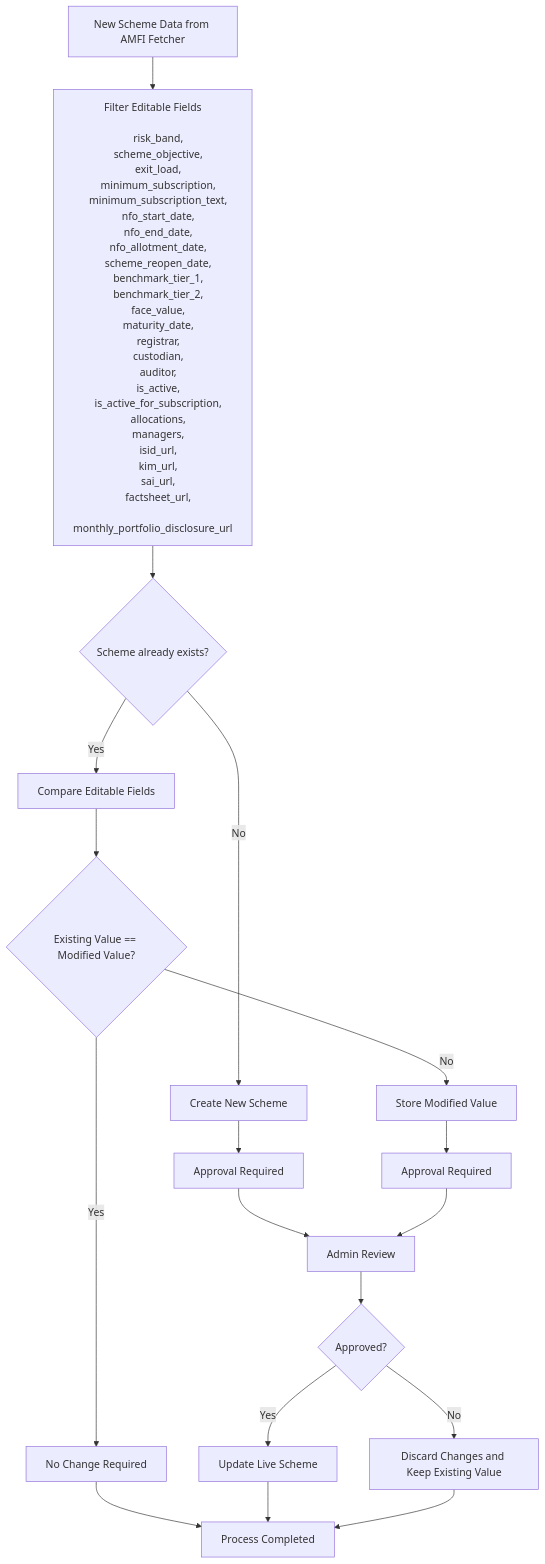
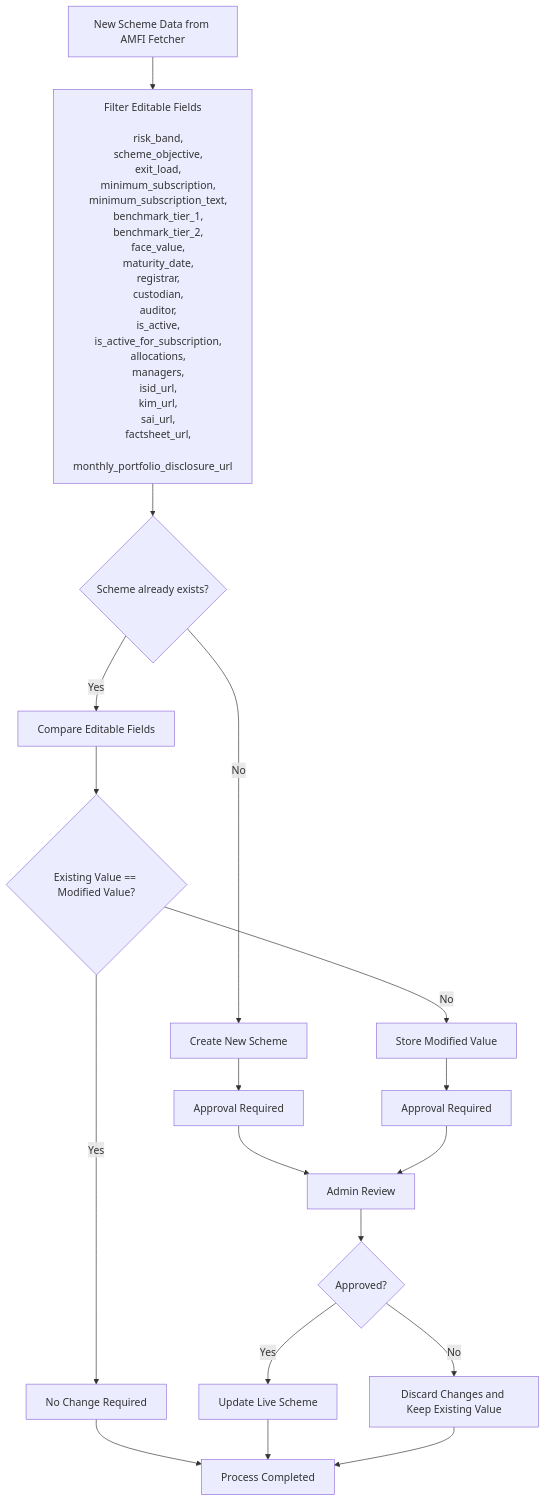
The diagram in dhanada/DOCTYPE architecture ER diagram.md (Satyam4755/Dhanada), drawn with Mermaid before and after one commit.

Commit message:
added the flow diagram V2.0.1

````diff
--- a/dhanada/DOCTYPE architecture ER diagram.md
+++ b/dhanada/DOCTYPE architecture ER diagram.md
@@ -4,59 +4,55 @@
 ```mermaid
 flowchart TD
 
     A[New Scheme Data from AMFI Fetcher]
 
     A --> B["Filter Editable Fields
 
     risk_band,
     scheme_objective,
     exit_load,
     minimum_subscription,
     minimum_subscription_text,
-    nfo_start_date,
-    nfo_end_date,
-    nfo_allotment_date,
-    scheme_reopen_date,
     benchmark_tier_1,
     benchmark_tier_2,
     face_value,
     maturity_date,
     registrar,
     custodian,
     auditor,
     is_active,
     is_active_for_subscription,
     allocations,
     managers,
     isid_url,
     kim_url,
     sai_url,
     factsheet_url,
     monthly_portfolio_disclosure_url"]
 
     B --> C{Scheme already exists?}
 
     C -- No --> D[Create New Scheme]
     D --> E[Approval Required]
     E --> F[Admin Review]
 
     C -- Yes --> G[Compare Editable Fields]
 
     G --> H{Existing Value == Modified Value?}
 
     H -- Yes --> I[No Change Required]
 
     H -- No --> J[Store Modified Value]
     J --> K[Approval Required]
     K --> F
 
     F --> L{Approved?}
 
     L -- Yes --> M[Update Live Scheme]
 
     L -- No --> N[Discard Changes and Keep Existing Value]
 
     I --> O[Process Completed]
     M --> O
     N --> O
 ```
````
